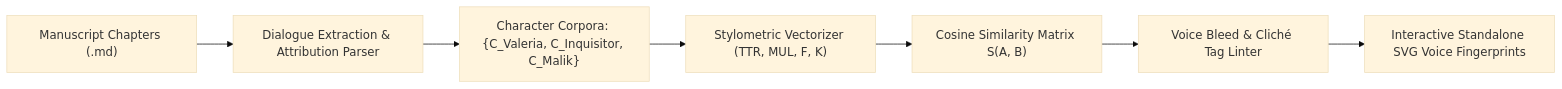
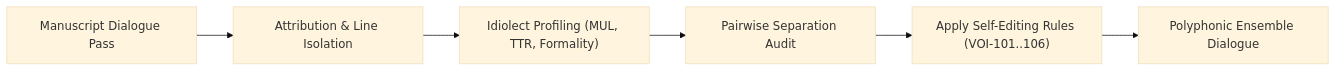
The third of 3 diagrams in docs/VOICE.md (aryansinghnagar/Ars-Arcanum), drawn with Mermaid (base theme) before and after one commit. The commit also changed other lines of this file and 12 other files, not shown here.

````diff
--- a/docs/VOICE.md
+++ b/docs/VOICE.md
@@ -136,9 +136,8 @@
 ```mermaid
 flowchart LR
-    Prose["Manuscript Chapters (.md)"] --> Extractor["Dialogue Extraction & Attribution Parser"]
-    Extractor --> Corpora["Character Corpora: {C_Valeria, C_Inquisitor, C_Malik}"]
-    Corpora --> StylometryEngine["Stylometric Vectorizer (TTR, MUL, F, K)"]
-    StylometryEngine --> Matrix["Cosine Similarity Matrix S(A, B)"]
-    Matrix --> Linter["Voice Bleed & Cliché Tag Linter"]
-    Linter --> VisualCards["Interactive Standalone SVG Voice Fingerprints"]
+    Prose["Manuscript Dialogue Pass"] --> Extraction["Attribution & Line Isolation"]
+    Extraction --> Analysis["Idiolect Profiling (MUL, TTR, Formality)"]
+    Analysis --> Evaluation["Pairwise Separation Audit"]
+    Evaluation --> Rubric["Apply Self-Editing Rules (VOI-101..106)"]
+    Rubric --> Polished["Polyphonic Ensemble Dialogue"]
 ```
````
